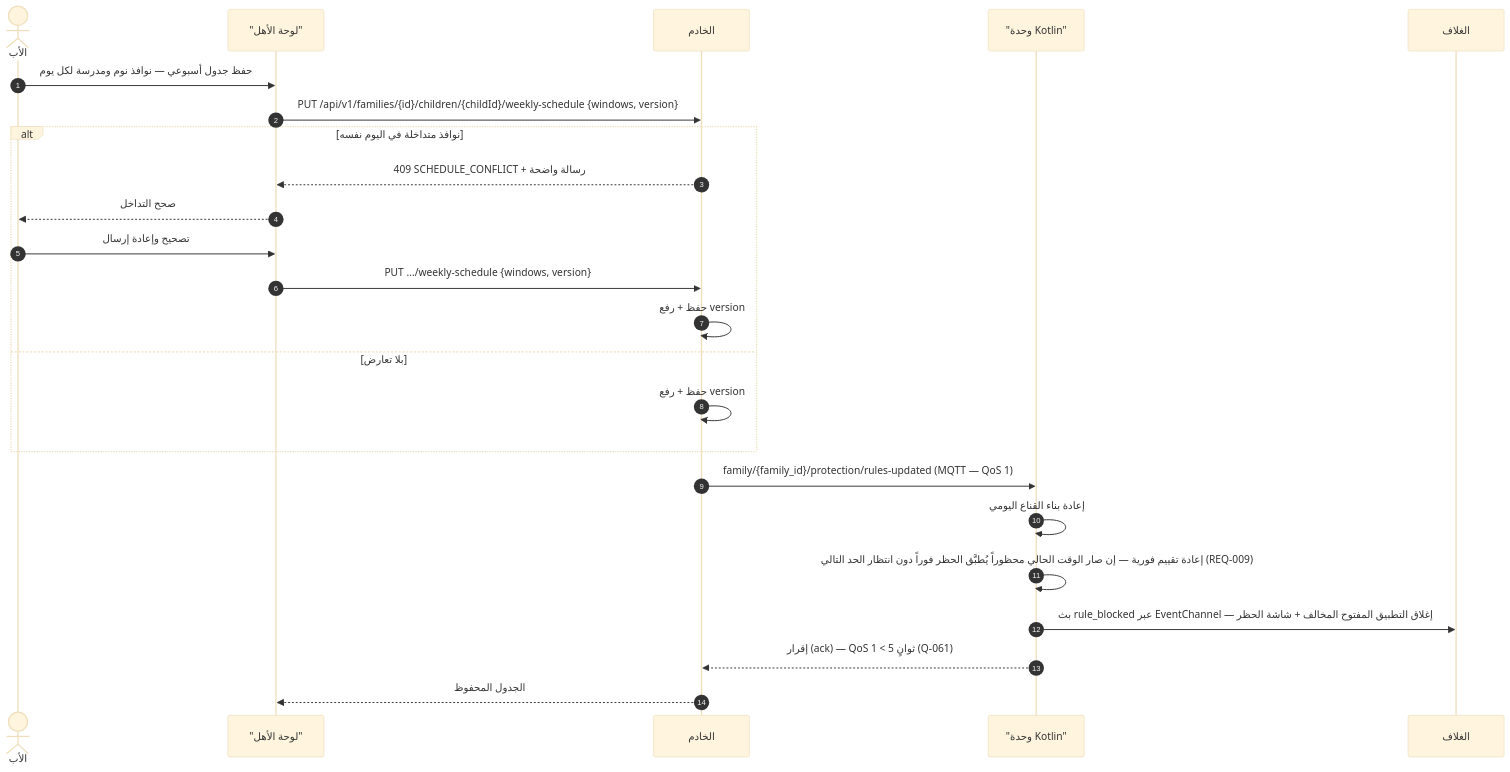
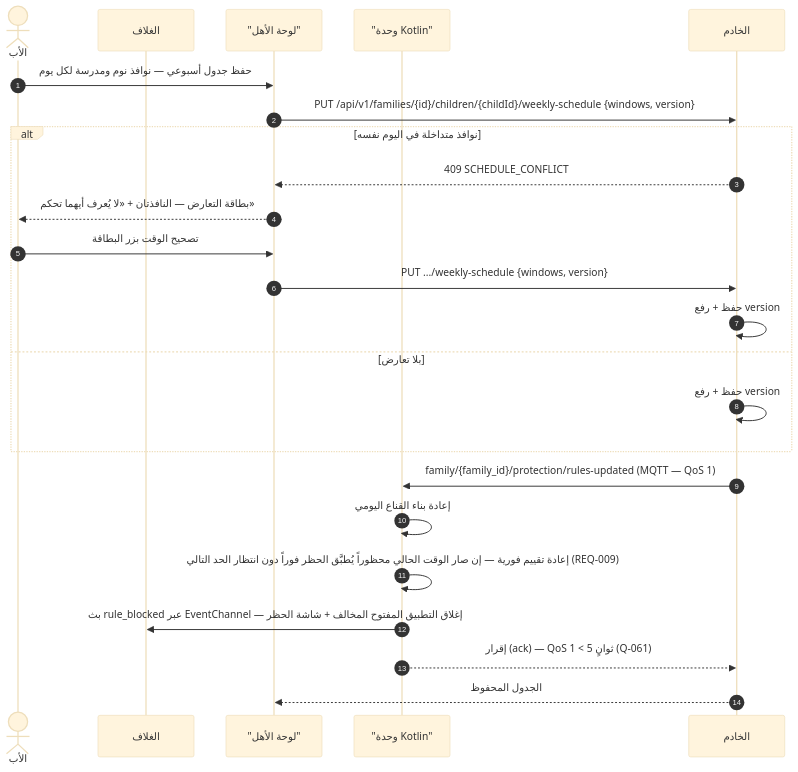
The sixth of 30 diagrams in docs/family-os/governance/phases/phase-1/S1-10-protection-and-enforcement/DIAGRAMS.md (Bassam-mohammed-alqaeadi/family-os-v2), drawn with Mermaid (base theme) before and after one commit. The commit also changed other lines of this file, not shown here.

````diff
--- a/docs/family-os/governance/phases/phase-1/S1-10-protection-and-enforcement/DIAGRAMS.md
+++ b/docs/family-os/governance/phases/phase-1/S1-10-protection-and-enforcement/DIAGRAMS.md
@@ -310,26 +376,26 @@
 ```mermaid
 sequenceDiagram
     autonumber
     actor Father as الأب
+    participant Shell as الغلاف
     participant Flutter as "لوحة الأهل"
+    participant K as "وحدة Kotlin"
     participant Ktor as الخادم
-    participant K as "وحدة Kotlin"
-    participant Shell as الغلاف
     Father->>Flutter: حفظ جدول أسبوعي — نوافذ نوم ومدرسة لكل يوم
     Flutter->>Ktor: PUT /api/v1/families/{id}/children/{childId}/weekly-schedule {windows, version}
     alt نوافذ متداخلة في اليوم نفسه
-        Ktor-->>Flutter: 409 SCHEDULE_CONFLICT + رسالة واضحة
-        Flutter-->>Father: صحح التداخل
-        Father->>Flutter: تصحيح وإعادة إرسال
+        Ktor-->>Flutter: 409 SCHEDULE_CONFLICT
+        Flutter-->>Father: بطاقة التعارض — النافذتان + «لا يُعرف أيهما تحكم»
+        Father->>Flutter: تصحيح الوقت بزر البطاقة
         Flutter->>Ktor: PUT .../weekly-schedule {windows, version}
         Ktor->>Ktor: حفظ + رفع version
     else بلا تعارض
         Ktor->>Ktor: حفظ + رفع version
     end
     Ktor->>K: family/{family_id}/protection/rules-updated (MQTT — QoS 1)
     K->>K: إعادة بناء القناع اليومي
     K->>K: إعادة تقييم فورية — إن صار الوقت الحالي محظوراً يُطبَّق الحظر فوراً دون انتظار الحد التالي (REQ-009)
     K->>Shell: بث rule_blocked عبر EventChannel — إغلاق التطبيق المفتوح المخالف + شاشة الحظر
     K-->>Ktor: إقرار (ack) — QoS 1 < 5 ثوانٍ (Q-061)
     Ktor-->>Flutter: الجدول المحفوظ
 ```
````
